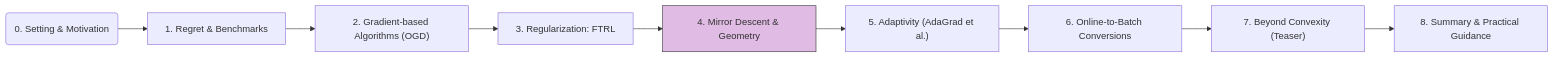
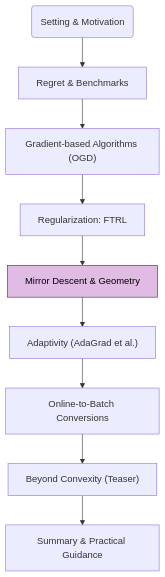
Before and after one commit to JiHa-Kim/jiha-kim.github.io: the diagram in collections/_crash-courses/online-learning/4-mirror-descent.md, drawn with Mermaid. The commit also changed 13 other files, not shown here.

````diff
--- a/collections/_crash-courses/online-learning/4-mirror-descent.md
+++ b/collections/_crash-courses/online-learning/4-mirror-descent.md
@@ -152,13 +152,13 @@
 ```mermaid
-flowchart LR
-    C0("0. Setting & Motivation") --> C1["1. Regret & Benchmarks"]
-    C1 --> C2["2. Gradient-based Algorithms (OGD)"]
-    C2 --> C3["3. Regularization: FTRL"]
-    C3 --> C4["4. Mirror Descent & Geometry"]
-    C4 --> C5["5. Adaptivity (AdaGrad et al.)"]
-    C5 --> C6["6. Online-to-Batch Conversions"]
-    C6 --> C7["7. Beyond Convexity (Teaser)"]
-    C7 --> C8["8. Summary & Practical Guidance"]
+flowchart TD
+    C0("Setting & Motivation") --> C1["Regret & Benchmarks"]
+    C1 --> C2["Gradient-based Algorithms (OGD)"]
+    C2 --> C3["Regularization: FTRL"]
+    C3 --> C4["Mirror Descent & Geometry"]
+    C4 --> C5["Adaptivity (AdaGrad et al.)"]
+    C5 --> C6["Online-to-Batch Conversions"]
+    C6 --> C7["Beyond Convexity (Teaser)"]
+    C7 --> C8["Summary & Practical Guidance"]
 
-    style C4 fill:#E0BBE4,stroke:#333,stroke-width:2px % Highlight current module
+    style C4 fill:#E0BBE4,color:#000,stroke:#333,stroke-width:2px % Highlight current module
 ```
````
